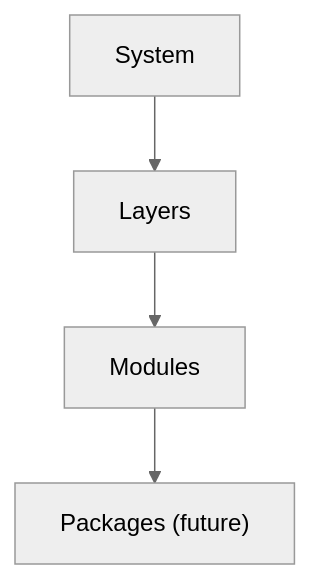
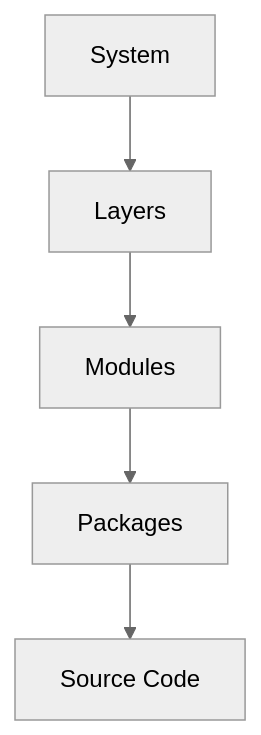
The first of 4 diagrams in Documentation/Architecture/07_MODULE_STRUCTURE.md (strim-cmd/Omnia), drawn with Mermaid (neutral theme) before and after one commit. The commit also changed other lines of this file and 30 other files, not shown here.

````diff
--- a/Documentation/Architecture/07_MODULE_STRUCTURE.md
+++ b/Documentation/Architecture/07_MODULE_STRUCTURE.md
@@ -54,6 +54,7 @@
 ```mermaid
 flowchart TB
     System["System"] --> Layers["Layers"]
     Layers --> Modules["Modules"]
-    Modules --> Packages["Packages (future)"]
+    Modules --> Packages["Packages"]
+    Packages --> SourceCode["Source Code"]
 ```
````
